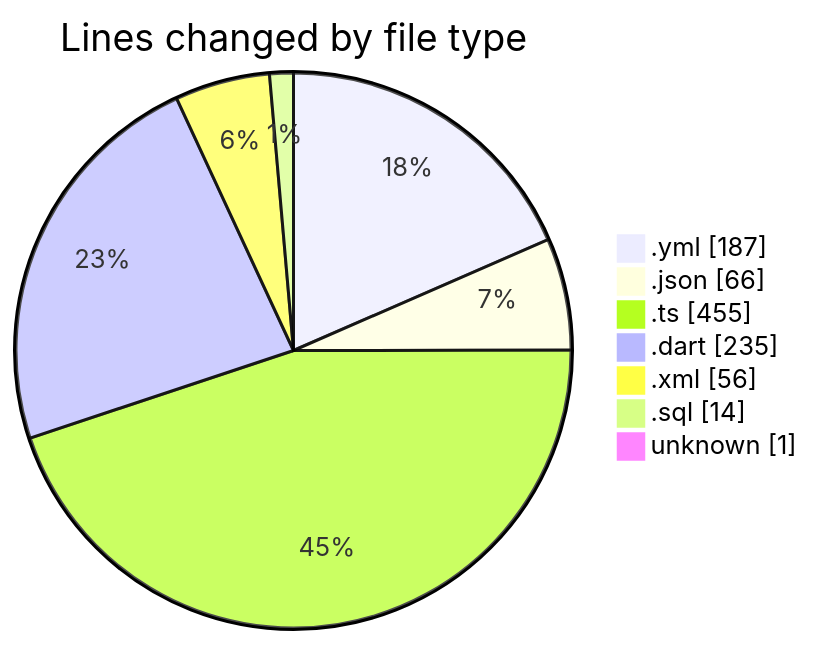
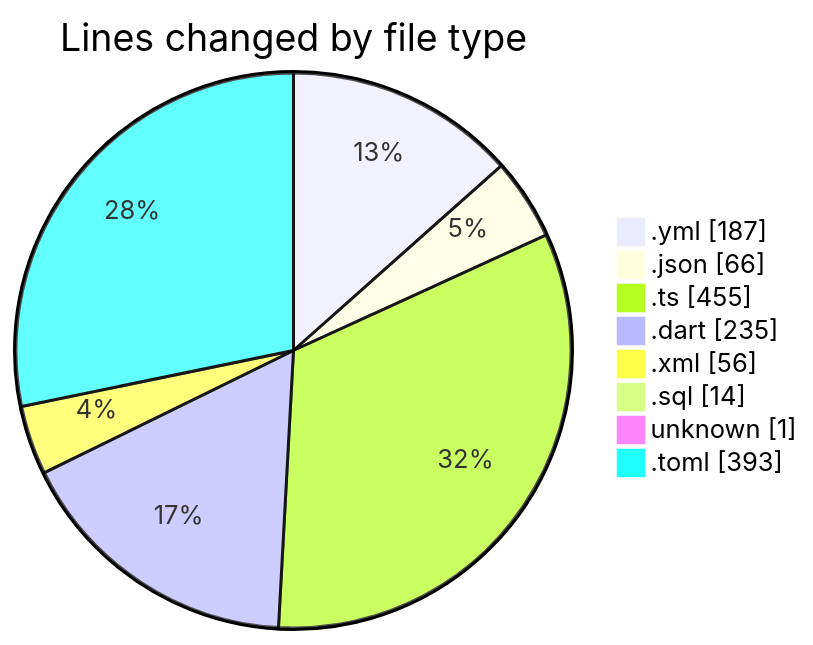
The first of 2 diagrams in 2025-02-10/maps_clone/README.md (donsfak/code-tracking), drawn with Mermaid before and after one commit. The commit also changed other lines of this file and 1 other file, not shown here.

````diff
--- a/2025-02-10/maps_clone/README.md
+++ b/2025-02-10/maps_clone/README.md
@@ -30,11 +31,12 @@
 ```mermaid
 pie showData
 title Lines changed by file type
 ".yml" : 187
 ".json" : 66
 ".ts" : 455
 ".dart" : 235
 ".xml" : 56
 ".sql" : 14
 "unknown" : 1
+".toml" : 393
 ```
````
